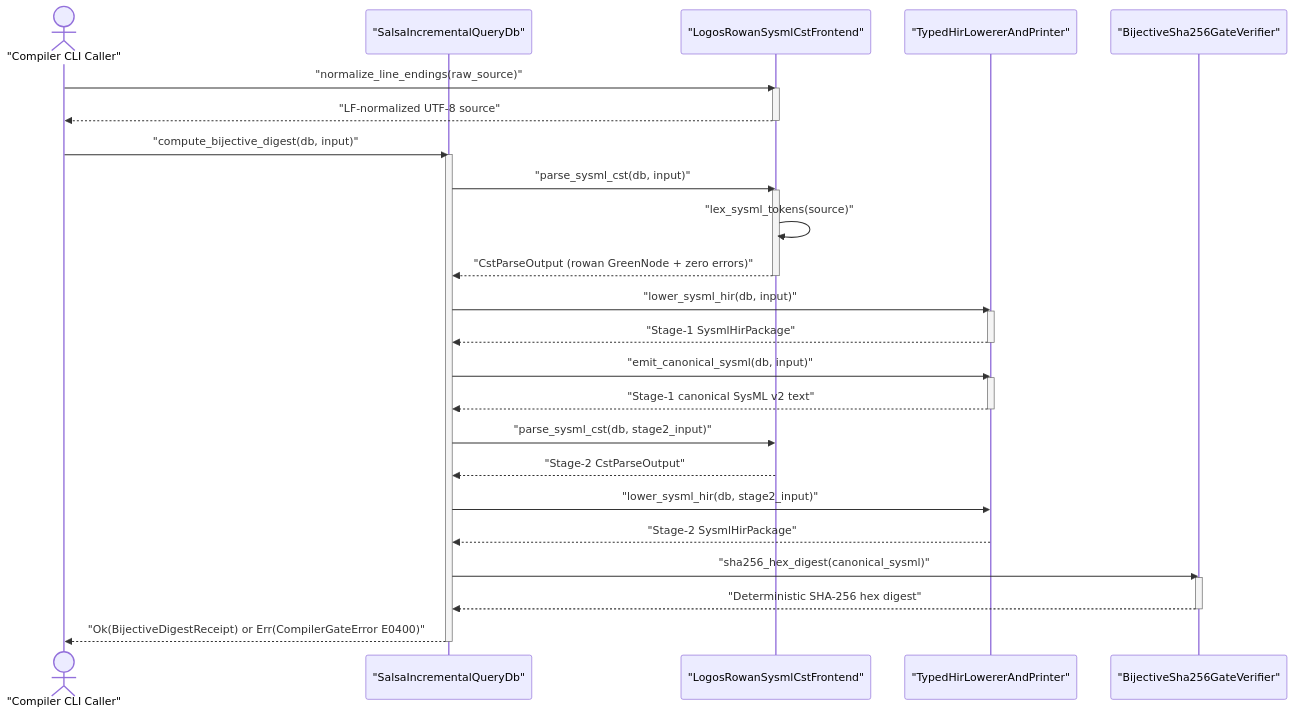
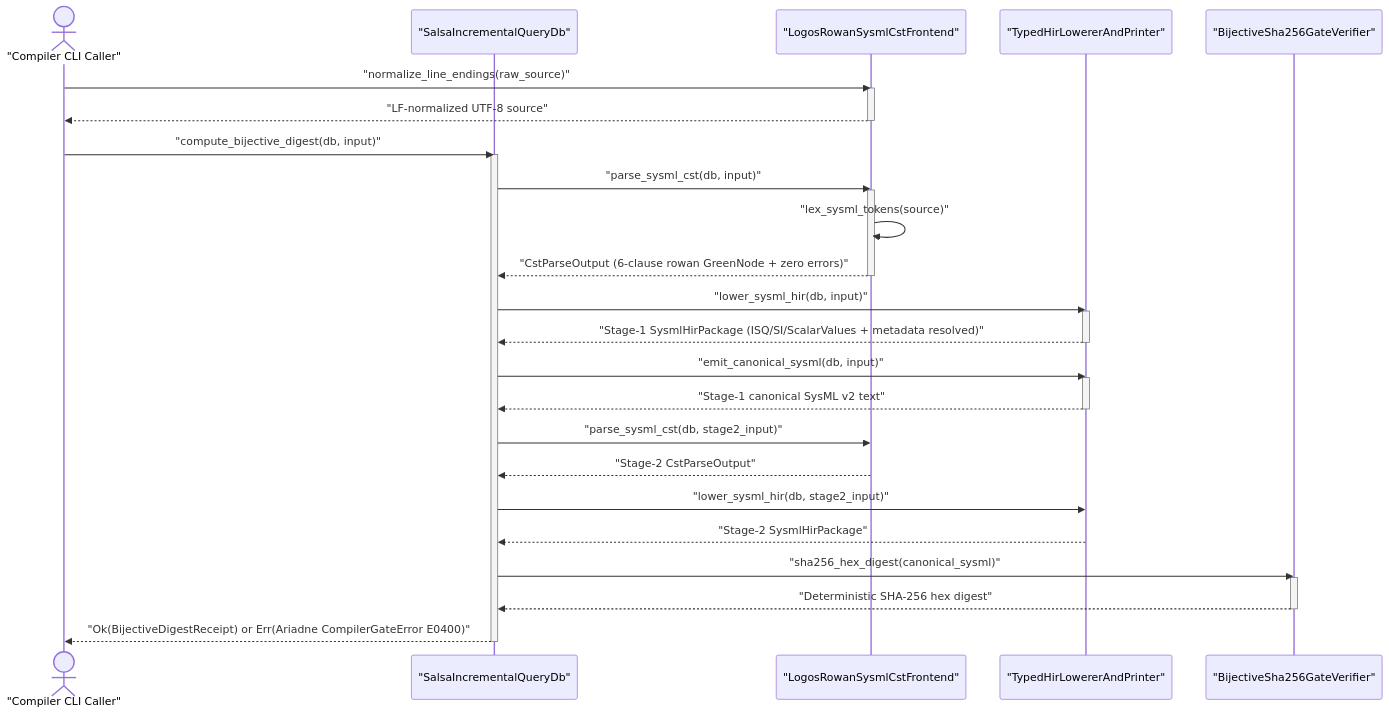
Before and after one commit to gintatkinson/DEAP01-spec-core: the third of 4 diagrams in docs/designs/blueprint-03-sysml-ast-bijective-roundtrip-compiler-gate.md, drawn with Mermaid. The commit also changed other lines of this file and 29 other files, not shown here.

````diff
--- a/docs/designs/blueprint-03-sysml-ast-bijective-roundtrip-compiler-gate.md
+++ b/docs/designs/blueprint-03-sysml-ast-bijective-roundtrip-compiler-gate.md
@@ -181,42 +213,42 @@
 ```mermaid
 sequenceDiagram
     actor CLI as "Compiler CLI Caller"
     participant DB as "SalsaIncrementalQueryDb"
     participant CST as "LogosRowanSysmlCstFrontend"
     participant HIR as "TypedHirLowererAndPrinter"
     participant Gate as "BijectiveSha256GateVerifier"
 
     CLI->>CST: "normalize_line_endings(raw_source)"
     activate CST
     CST-->>CLI: "LF-normalized UTF-8 source"
     deactivate CST
 
     CLI->>DB: "compute_bijective_digest(db, input)"
     activate DB
     DB->>CST: "parse_sysml_cst(db, input)"
     activate CST
     CST->>CST: "lex_sysml_tokens(source)"
-    CST-->>DB: "CstParseOutput (rowan GreenNode + zero errors)"
+    CST-->>DB: "CstParseOutput (6-clause rowan GreenNode + zero errors)"
     deactivate CST
 
     DB->>HIR: "lower_sysml_hir(db, input)"
     activate HIR
-    HIR-->>DB: "Stage-1 SysmlHirPackage"
+    HIR-->>DB: "Stage-1 SysmlHirPackage (ISQ/SI/ScalarValues + metadata resolved)"
     deactivate HIR
 
     DB->>HIR: "emit_canonical_sysml(db, input)"
     activate HIR
     HIR-->>DB: "Stage-1 canonical SysML v2 text"
     deactivate HIR
 
     DB->>CST: "parse_sysml_cst(db, stage2_input)"
     CST-->>DB: "Stage-2 CstParseOutput"
     DB->>HIR: "lower_sysml_hir(db, stage2_input)"
     HIR-->>DB: "Stage-2 SysmlHirPackage"
     DB->>Gate: "sha256_hex_digest(canonical_sysml)"
     activate Gate
     Gate-->>DB: "Deterministic SHA-256 hex digest"
     deactivate Gate
-    DB-->>CLI: "Ok(BijectiveDigestReceipt) or Err(CompilerGateError E0400)"
+    DB-->>CLI: "Ok(BijectiveDigestReceipt) or Err(Ariadne CompilerGateError E0400)"
     deactivate DB
 ```
````
